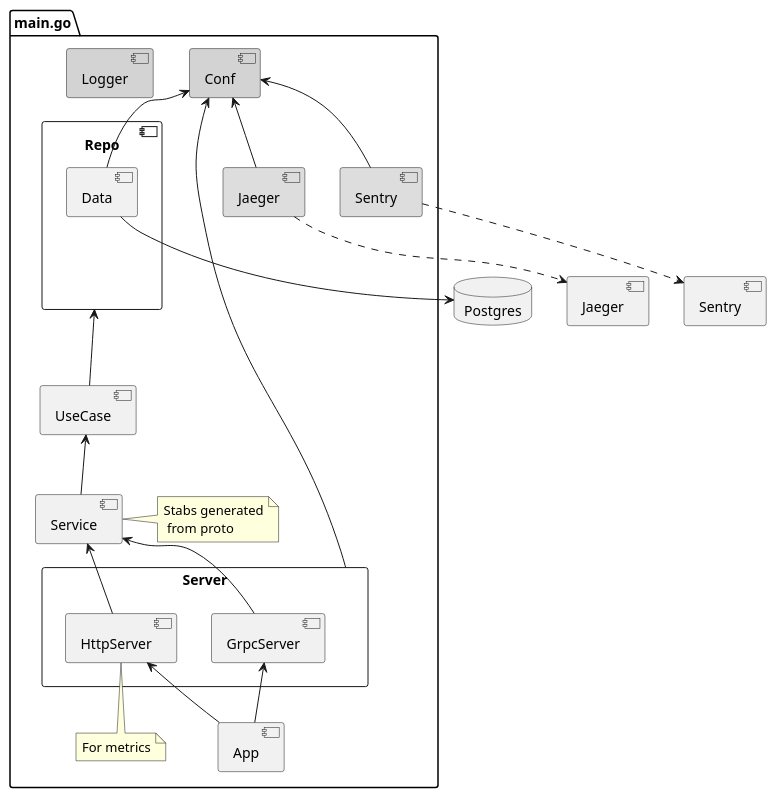
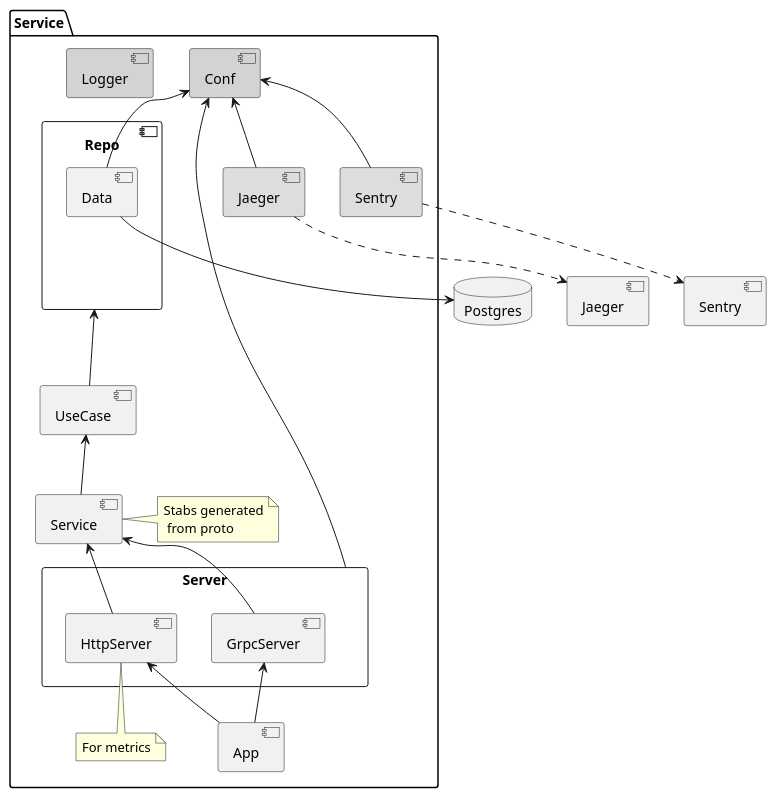
One commit to timurkash/kratos-layout changed the diagram in cmd/server/components.puml. Above: the diagram before and after it, drawn with PlantUML.

Commit message:
puml mod

```diff
--- a/cmd/server/components.puml
+++ b/cmd/server/components.puml
@@ -1,45 +1,45 @@
 @startuml
 
-package main.go {
+package Service {
     [Conf] as conf #lightgray
     [Logger] as logger #lightgray
     component Repo as repo {
         [Data] as data
     }
     [UseCase] as uc
     [Service] as service
     rectangle Server as server {
         [GrpcServer] as grpc
         [HttpServer] as http
     }
     [App] as app
     [Jaeger] as trace #ddd
     [Sentry] as log #ddd
     note "Stabs generated\n from proto" as stabs_note
     note "For metrics" as http_note
 }
 [Jaeger]
 [Sentry]
 
 database Postgres
 data -d-> Postgres
 trace ..> Jaeger
 log ..> Sentry
 
 conf <-- data
 conf <-- server
 conf <-- trace
 conf <-- log
 
 data -[hidden]- repo
 repo <-- uc
 uc <-- service
 service <-- grpc
 service <-- http
 grpc <-- app
 http <-- app
 
 service - stabs_note
 http -- http_note
 
 @enduml
```
